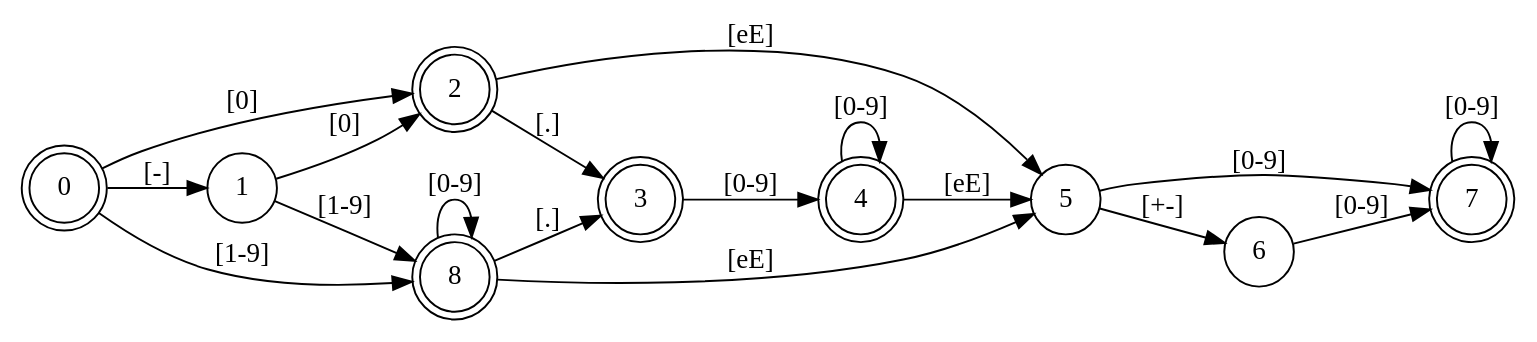
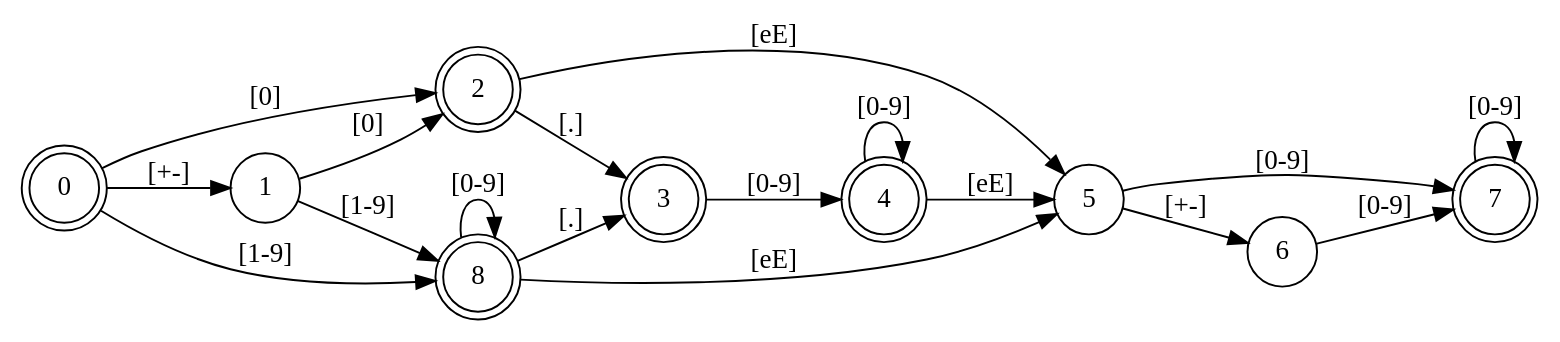
One commit to rsmith-nl/stringview changed the diagram in sv8tod.dot. Above: the diagram before and after it, drawn with Graphviz.

Commit message:
Update graph for initial sign.

```diff
--- a/sv8tod.dot
+++ b/sv8tod.dot
@@ -1,22 +1,22 @@
 digraph fsm_floating_point {
     rankdir=LR;
     node [shape=doublecircle]; 0, 2, 3, 4, 7, 8;
     node [shape=circle];
-    0 -> 1 [label="[-]"];
+    0 -> 1 [label="[+-]"];
     0 -> 2 [label="[0]"];
     1 -> 2 [label="[0]"];
     0 -> 8 [label="[1-9]"];
     1 -> 8 [label="[1-9]"];
     8 -> 8 [label="[0-9]"];
     2 -> 3 [label="[.]"];
     8 -> 3 [label="[.]"];
     3 -> 4 [label="[0-9]"];
     4 -> 4 [label="[0-9]"];
     2 -> 5 [label="[eE]"];
     4 -> 5 [label="[eE]"];
     8 -> 5 [label="[eE]"];
     5 -> 6 [label="[+-]"];
     5 -> 7 [label="[0-9]"];
     6 -> 7 [label="[0-9]"];
     7 -> 7 [label="[0-9]"];
 }
```
